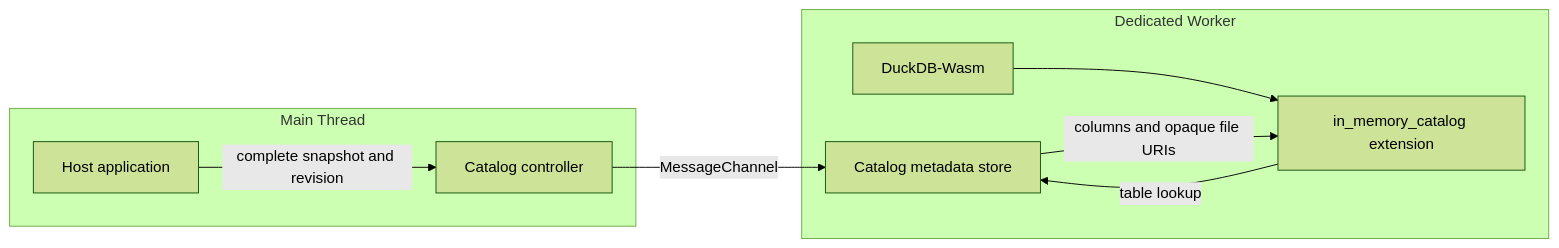
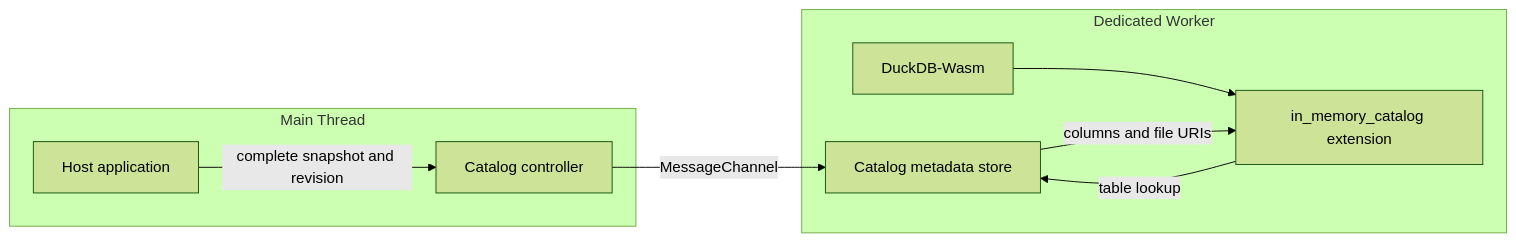
Before and after one commit to tokibi/duckdb-wasm-in-memory-catalog: the diagram in README.md, drawn with Mermaid (forest theme). The commit also changed other lines of this file and 6 other files, not shown here.

````diff
--- a/README.md
+++ b/README.md
@@ -11,17 +11,17 @@
 ```mermaid
 flowchart LR
   subgraph Main[Main Thread]
     App[Host application]
     Controller[Catalog controller]
   end
   subgraph Dedicated[Dedicated Worker]
     DuckDB[DuckDB-Wasm]
     Extension[in_memory_catalog extension]
     Worker[Catalog metadata store]
   end
   App -->|complete snapshot and revision| Controller
   Controller -->|MessageChannel| Worker
   DuckDB --> Extension
   Extension -->|table lookup| Worker
-  Worker -->|columns and opaque file URIs| Extension
+  Worker -->|columns and file URIs| Extension
 ```
````
